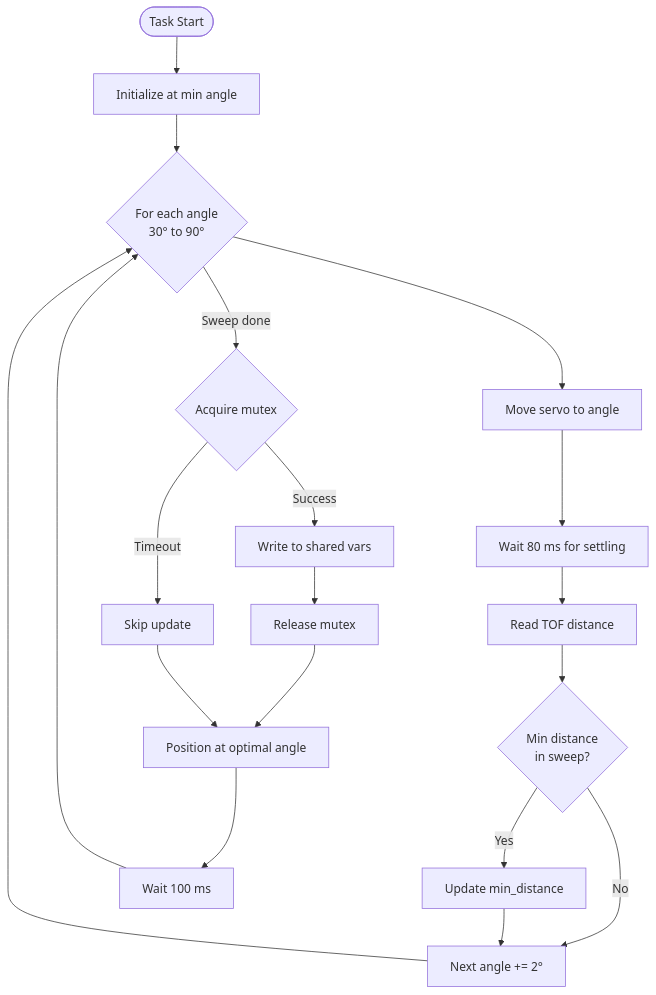
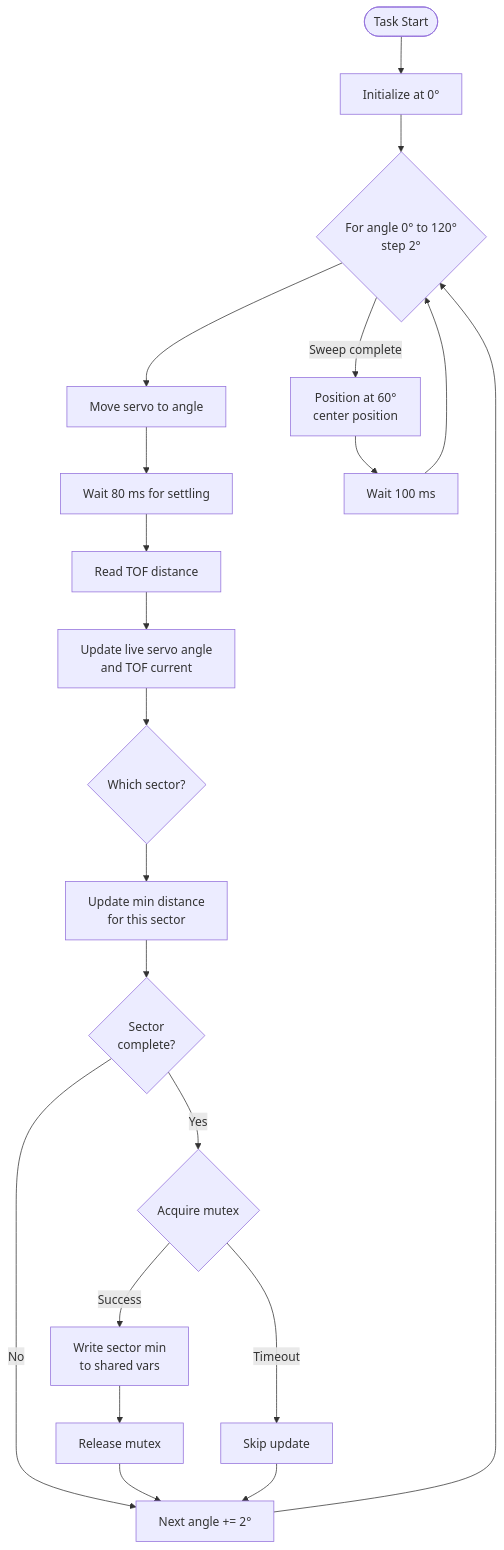
The second of 4 diagrams in docs/communication.md (raseone19/ME-410), drawn with Mermaid before and after one commit. The commit also changed 1 other file, not shown here.

Commit message:
fix: replace broken Gantt timing diagram with table format
The Mermaid Gantt diagram was not rendering correctly (showing '000' on axis).
Replaced with clear table format showing timing breakdown of 20ms control cycle.

Table shows timing for:
- Core 1: Control loop (12 ms execution, 8 ms idle)
- Core 0: Sweep task (continuous TOF readings)
- Core 0: Logger task (5 ms transmission, then wait)

This format is clearer and renders correctly in all markdown viewers.

🤖 Generated with [Claude Code](https://claude.com/claude-code)

````diff
--- a/docs/communication.md
+++ b/docs/communication.md
@@ -115,22 +115,24 @@
 ```mermaid
 flowchart TD
-    Start([Task Start]) --> Init[Initialize at min angle]
-    Init --> SweepStart{For each angle<br/>30° to 90°}
+    Start([Task Start]) --> Init[Initialize at 0°]
+    Init --> SweepStart{For angle 0° to 120°<br/>step 2°}
     SweepStart --> MoveServo[Move servo to angle]
     MoveServo --> Wait1[Wait 80 ms for settling]
     Wait1 --> ReadTOF[Read TOF distance]
-    ReadTOF --> CheckMin{Min distance<br/>in sweep?}
-    CheckMin -->|Yes| UpdateMin[Update min_distance]
-    CheckMin -->|No| NextAngle
-    UpdateMin --> NextAngle[Next angle += 2°]
-    NextAngle --> SweepStart
-
-    SweepStart -->|Sweep done| LockMutex{Acquire mutex}
-    LockMutex -->|Success| WriteShared[Write to shared vars]
+    ReadTOF --> UpdateLive[Update live servo angle<br/>and TOF current]
+    UpdateLive --> CheckSector{Which sector?}
+    CheckSector --> UpdateSectorMin[Update min distance<br/>for this sector]
+    UpdateSectorMin --> CheckComplete{Sector<br/>complete?}
+    CheckComplete -->|Yes| LockMutex{Acquire mutex}
+    CheckComplete -->|No| NextAngle
+    LockMutex -->|Success| WriteShared[Write sector min<br/>to shared vars]
     LockMutex -->|Timeout| Skip[Skip update]
     WriteShared --> UnlockMutex[Release mutex]
-    UnlockMutex --> PositionServo[Position at optimal angle]
-    Skip --> PositionServo
+    UnlockMutex --> NextAngle
+    Skip --> NextAngle
+    NextAngle[Next angle += 2°] --> SweepStart
+
+    SweepStart -->|Sweep complete| PositionServo[Position at 60°<br/>center position]
     PositionServo --> Pause[Wait 100 ms]
     Pause --> SweepStart
 ```
````
